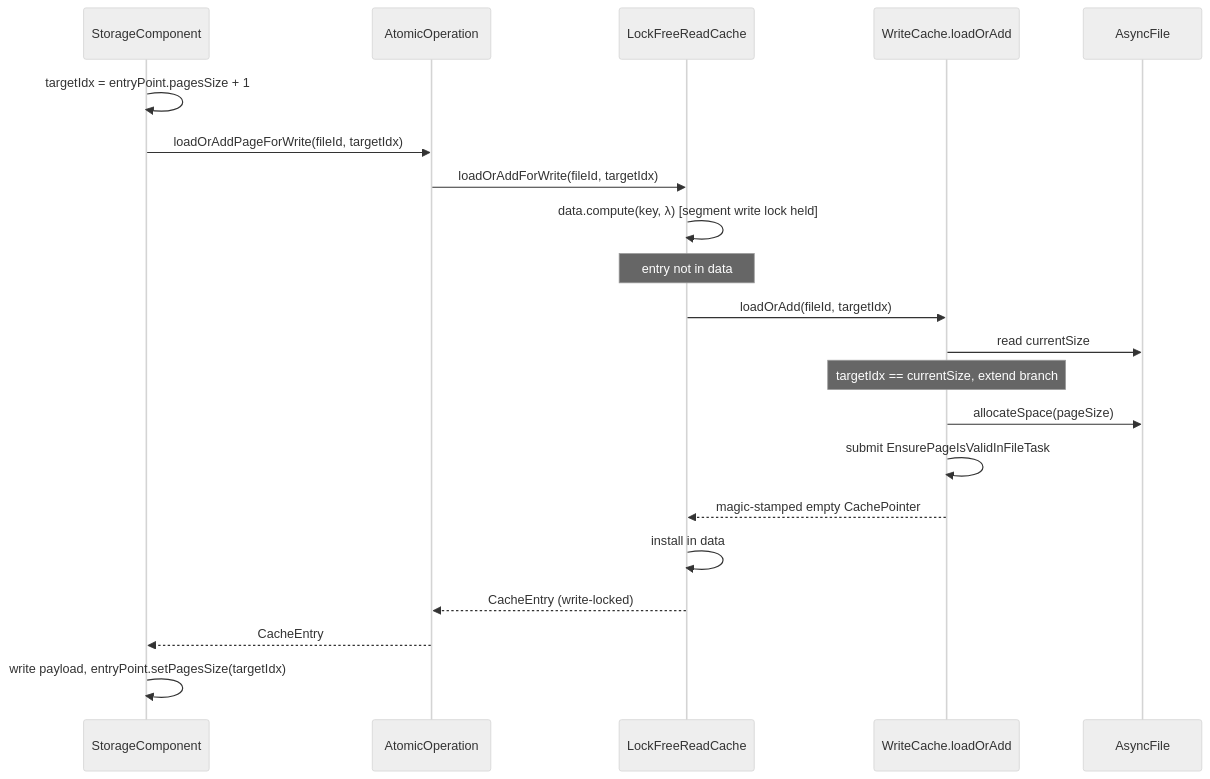
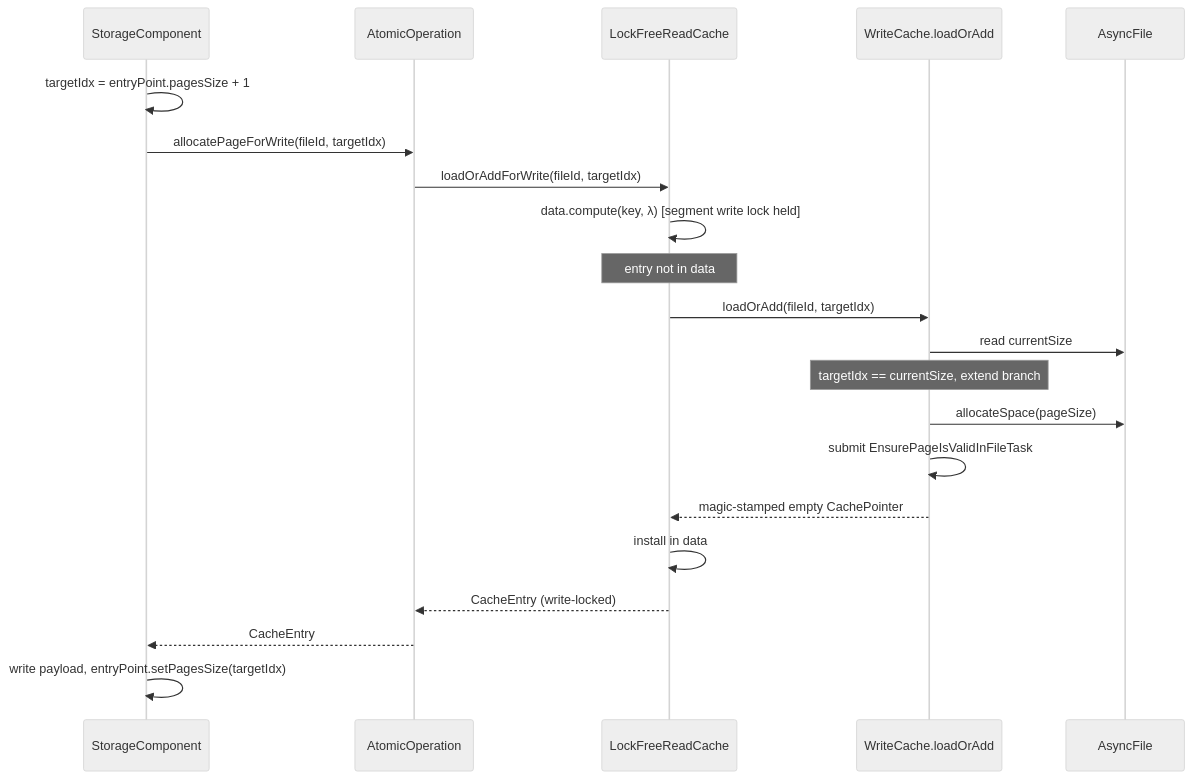
Before and after one commit to JetBrains/youtrackdb: the second of 4 diagrams in docs/adr/read-cache-concurrency-bug/_workflow/design.md, drawn with Mermaid (neutral theme). The commit also changed other lines of this file and 4 other files, not shown here.

````diff
--- a/docs/adr/read-cache-concurrency-bug/_workflow/design.md
+++ b/docs/adr/read-cache-concurrency-bug/_workflow/design.md
@@ -126,24 +129,24 @@
 ```mermaid
 sequenceDiagram
     participant SC as StorageComponent
     participant AO as AtomicOperation
     participant RC as LockFreeReadCache
     participant LO as WriteCache.loadOrAdd
     participant AF as AsyncFile
 
     SC->>SC: targetIdx = entryPoint.pagesSize + 1
-    SC->>AO: loadOrAddPageForWrite(fileId, targetIdx)
+    SC->>AO: allocatePageForWrite(fileId, targetIdx)
     AO->>RC: loadOrAddForWrite(fileId, targetIdx)
     RC->>RC: data.compute(key, λ) [segment write lock held]
     Note over RC: entry not in data
     RC->>LO: loadOrAdd(fileId, targetIdx)
     LO->>AF: read currentSize
     Note over LO: targetIdx == currentSize, extend branch
     LO->>AF: allocateSpace(pageSize)
     LO->>LO: submit EnsurePageIsValidInFileTask
     LO-->>RC: magic-stamped empty CachePointer
     RC->>RC: install in data
     RC-->>AO: CacheEntry (write-locked)
     AO-->>SC: CacheEntry
     SC->>SC: write payload, entryPoint.setPagesSize(targetIdx)
 ```
````
